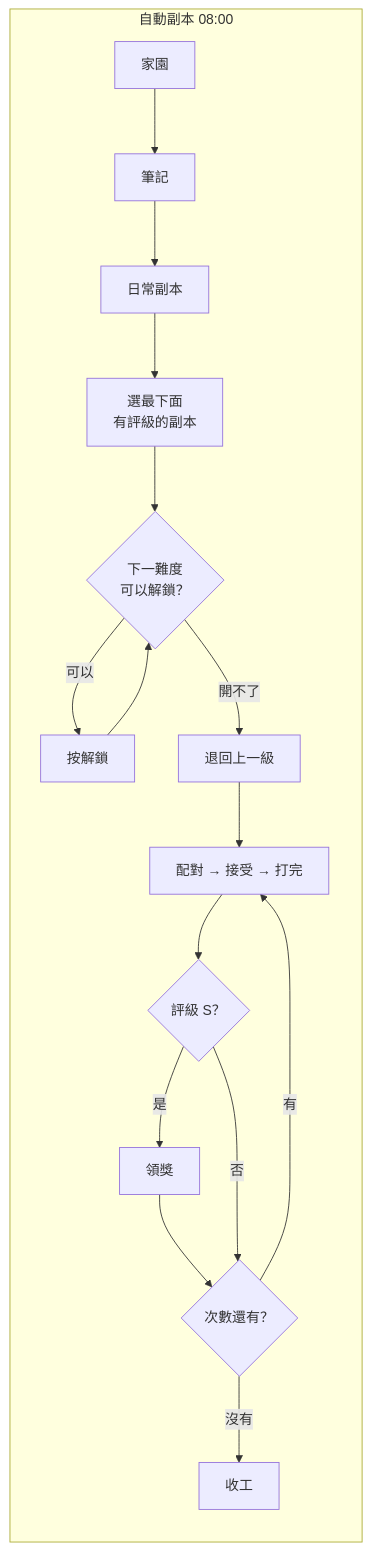
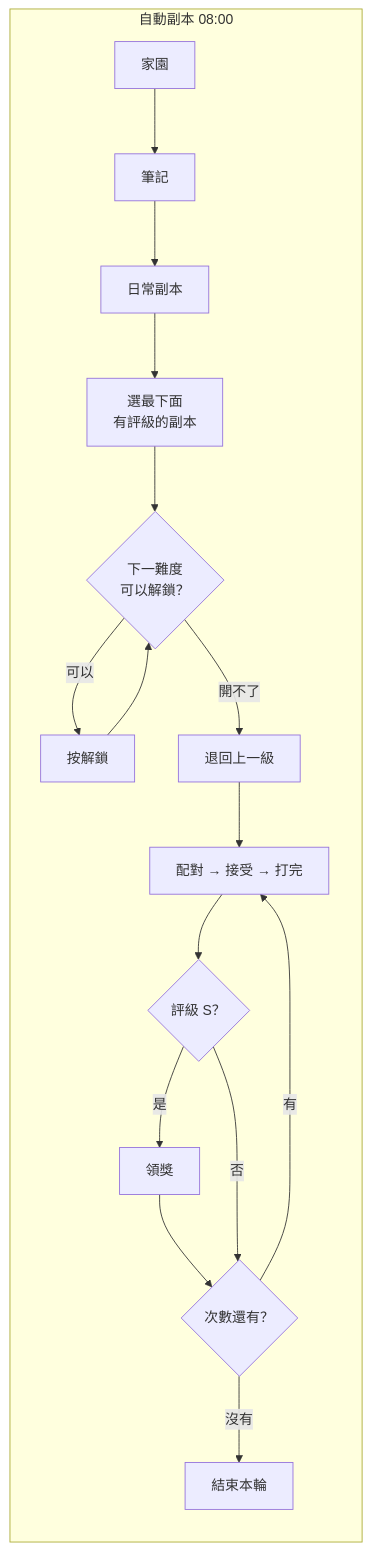
One commit to LaiYueTing/scepter-and-sword-assistant changed the third of 5 diagrams in README.md. Above: the diagram before and after it, drawn with Mermaid. The commit also changed other lines of this file and 37 other files, not shown here.

````diff
--- a/README.md
+++ b/README.md
@@ -90,16 +90,16 @@
 ```mermaid
 flowchart LR
     subgraph D[自動副本 08:00]
         D1[家園] --> D2[筆記] --> D3[日常副本]
         D3 --> D4[選最下面<br/>有評級的副本]
         D4 --> D5{下一難度<br/>可以解鎖？}
         D5 -->|可以| D6[按解鎖] --> D5
         D5 -->|開不了| D7[退回上一級]
         D7 --> D8[配對 → 接受 → 打完]
         D8 --> D9{評級 S？}
         D9 -->|是| D10[領獎] --> D11{次數還有？}
         D9 -->|否| D11
         D11 -->|有| D8
-        D11 -->|沒有| D12[收工]
+        D11 -->|沒有| D12[結束本輪]
     end
 ```
````
